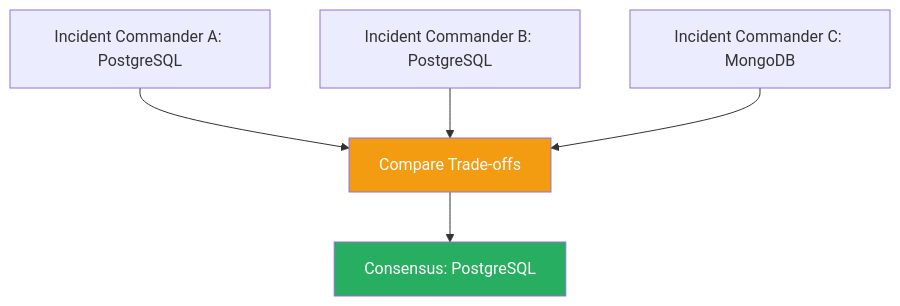
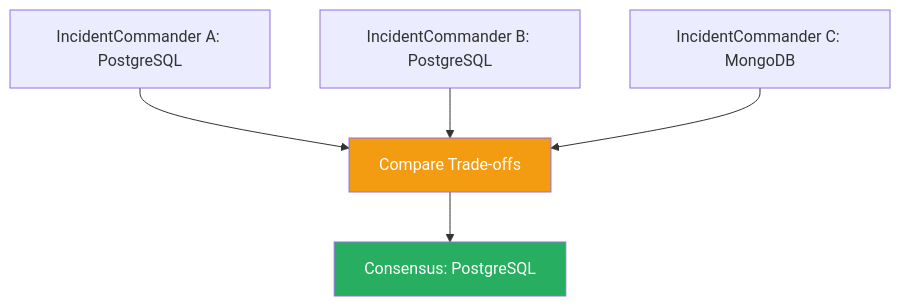
Before and after one commit to Sujalkathait/-AI-Agent-Security-Playbook.: diagram 36 of 53 in AI Agent Communication.md, drawn with Mermaid. The commit also changed other lines of this file, not shown here.

Commit message:
fix: resolve mermaid syntax errors by removing spaces from node IDs

````diff
--- a/AI Agent Communication.md
+++ b/AI Agent Communication.md
@@ -1103,14 +1103,14 @@
 ```mermaid
 graph TD
-  A[" Incident Commander A: PostgreSQL"]
-  B[" Incident Commander B: PostgreSQL"]
-  C[" Incident Commander C: MongoDB"]
+  A[" IncidentCommander A: PostgreSQL"]
+  B[" IncidentCommander B: PostgreSQL"]
+  C[" IncidentCommander C: MongoDB"]
 
   A --> Discussion[" Compare Trade-offs"]
   B --> Discussion
   C --> Discussion
   Discussion --> Consensus[" Consensus: PostgreSQL"]
 
   style Discussion fill:#f39c12,color:white
   style Consensus fill:#27ae60,color:white
 ```
````
